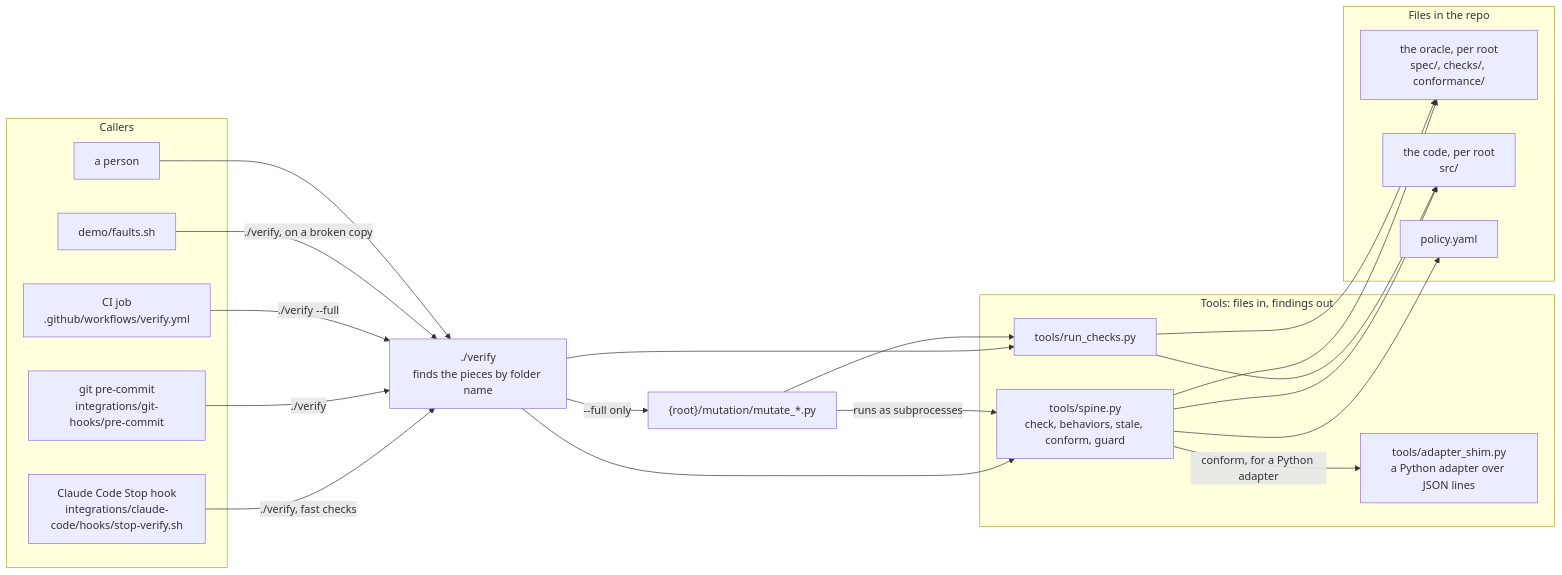
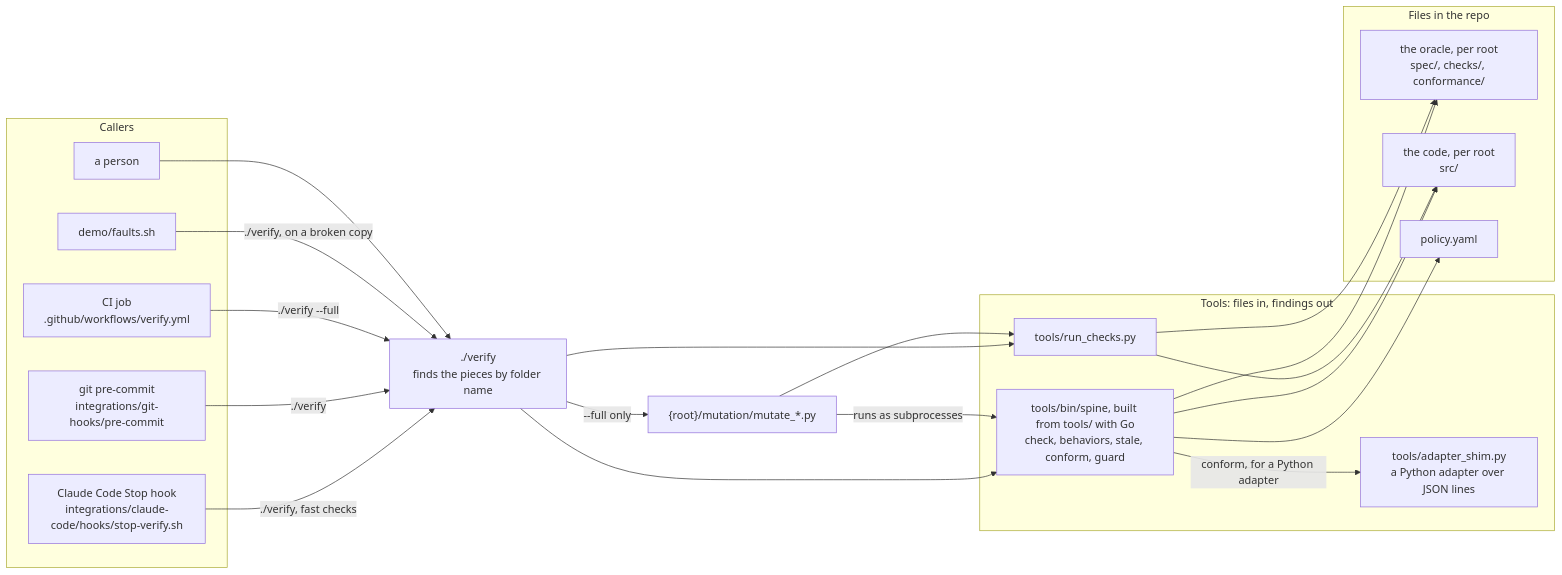
One commit to 23min/verifier-kit changed the first of 7 diagrams in docs/architecture.md. Above: the diagram before and after it, drawn with Mermaid. The commit also changed other lines of this file and 6 other files, not shown here.

First line of the commit message:
feat(verify): build the Go spine from tools/ on every run and run it, so no step needs tools/spine.py

````diff
--- a/docs/architecture.md
+++ b/docs/architecture.md
@@ -15,38 +15,38 @@
 ```mermaid
 flowchart LR
   subgraph callers["Callers"]
     stop["Claude Code Stop hook<br/>integrations/claude-code/hooks/stop-verify.sh"]
     pre["git pre-commit<br/>integrations/git-hooks/pre-commit"]
     ci["CI job<br/>.github/workflows/verify.yml"]
     faults["demo/faults.sh"]
     person["a person"]
   end
   verify["./verify<br/>finds the pieces by folder name"]
   subgraph tools["Tools: files in, findings out"]
-    spine["tools/spine.py<br/>check, behaviors, stale, conform, guard"]
+    spine["tools/bin/spine, built from tools/ with Go<br/>check, behaviors, stale, conform, guard"]
     rc["tools/run_checks.py"]
     shim["tools/adapter_shim.py<br/>a Python adapter over JSON lines"]
   end
   mut["{root}/mutation/mutate_*.py"]
   subgraph files["Files in the repo"]
     oracle["the oracle, per root<br/>spec/, checks/, conformance/"]
     code["the code, per root<br/>src/"]
     policy["policy.yaml"]
   end
   stop -->|"./verify, fast checks"| verify
   pre -->|"./verify"| verify
   ci -->|"./verify --full"| verify
   faults -->|"./verify, on a broken copy"| verify
   person --> verify
   verify --> spine
   verify --> rc
   spine -->|"conform, for a Python adapter"| shim
   verify -->|"--full only"| mut
   mut -->|"runs as subprocesses"| spine
   mut --> rc
   spine --> oracle
   spine --> code
   spine --> policy
   rc --> oracle
   rc --> code
 ```
````
